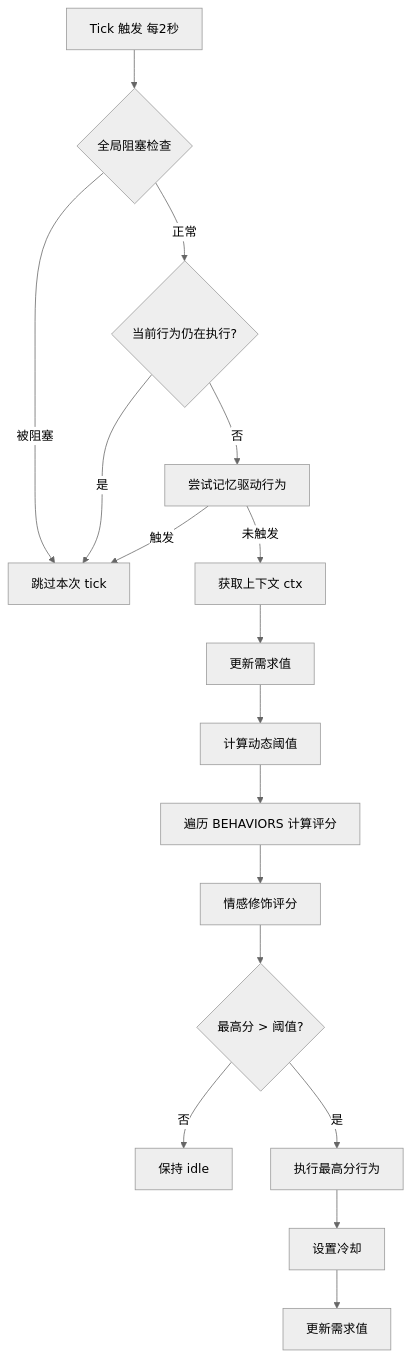
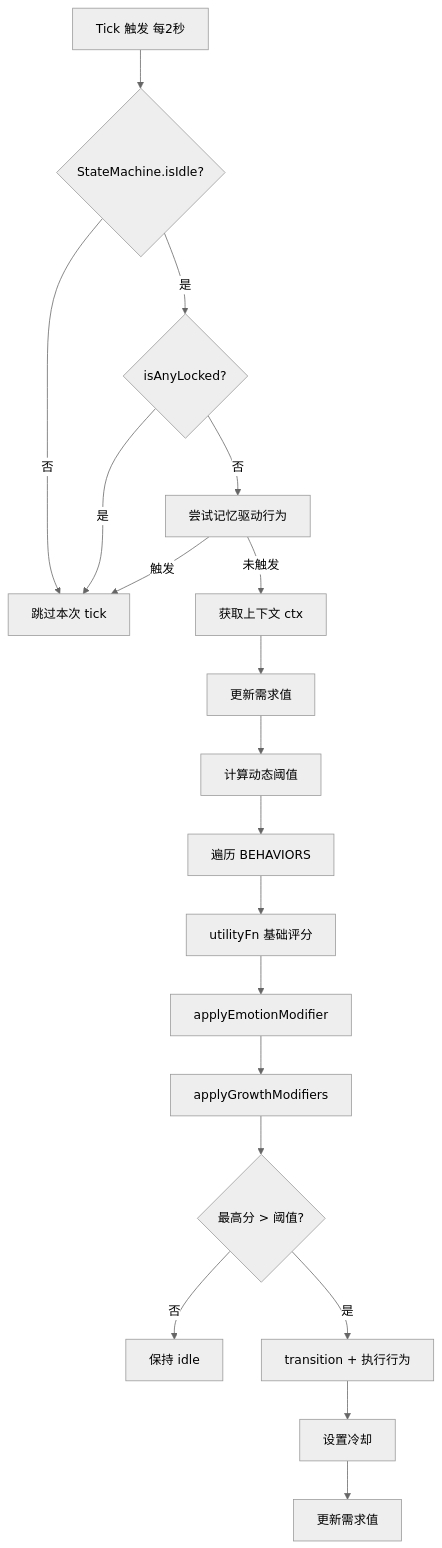
One commit to zyzly0705/codex-pets changed the second of 2 diagrams in docs/Behavior-Engine.md. Above: the diagram before and after it, drawn with Mermaid (neutral theme). The commit also changed other lines of this file and 26 other files, not shown here.

````diff
--- a/docs/Behavior-Engine.md
+++ b/docs/Behavior-Engine.md
@@ -28,19 +248,21 @@
 ```mermaid
 graph TB
-    A[Tick 触发 每2秒] --> B{全局阻塞检查}
-    B -->|被阻塞| Z[跳过本次 tick]
-    B -->|正常| C{当前行为仍在执行?}
+    A[Tick 触发 每2秒] --> B{StateMachine.isIdle?}
+    B -->|否| Z[跳过本次 tick]
+    B -->|是| C{isAnyLocked?}
     C -->|是| Z
     C -->|否| D[尝试记忆驱动行为]
     D -->|触发| Z
     D -->|未触发| E[获取上下文 ctx]
     E --> F[更新需求值]
     F --> G[计算动态阈值]
-    G --> H[遍历 BEHAVIORS 计算评分]
-    H --> I[情感修饰评分]
-    I --> J{最高分 > 阈值?}
-    J -->|否| K[保持 idle]
-    J -->|是| L[执行最高分行为]
-    L --> M[设置冷却]
-    M --> N[更新需求值]
+    G --> H[遍历 BEHAVIORS]
+    H --> I[utilityFn 基础评分]
+    I --> J[applyEmotionModifier]
+    J --> K[applyGrowthModifiers]
+    K --> L{最高分 > 阈值?}
+    L -->|否| M[保持 idle]
+    L -->|是| N[transition + 执行行为]
+    N --> O[设置冷却]
+    O --> P[更新需求值]
 ```
````
